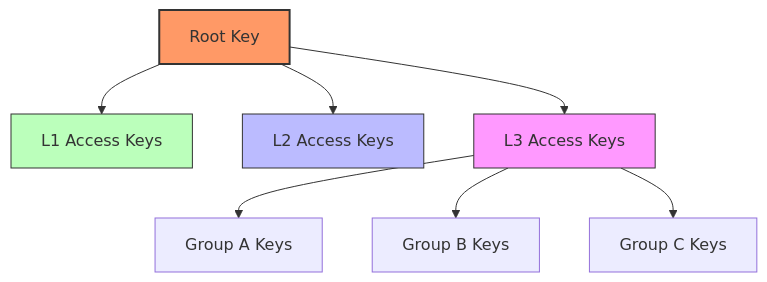
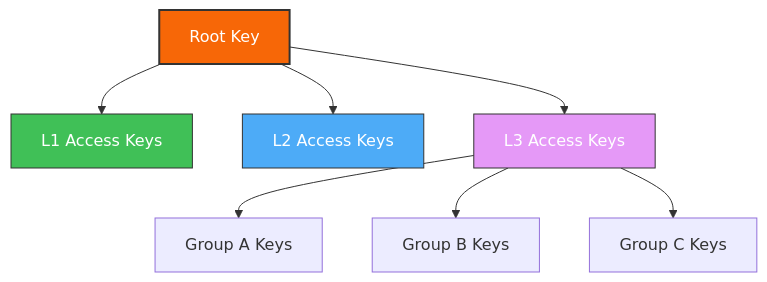
One commit to dialog-db/dialog-db changed the fourth of 7 diagrams in notes/privacy.md. Above: the diagram before and after it, drawn with Mermaid. The commit also changed other lines of this file, not shown here.

````diff
--- a/notes/privacy.md
+++ b/notes/privacy.md
@@ -150,15 +150,15 @@
 ```mermaid
 flowchart TD
     Root["Root Key"] --> L1["L1 Access Keys"]
     Root --> L2["L2 Access Keys"]
     Root --> L3["L3 Access Keys"]
     
     L3 --> GroupA["Group A Keys"]
     L3 --> GroupB["Group B Keys"]
     L3 --> GroupC["Group C Keys"]
     
-    style Root fill:#f96,stroke:#333,stroke-width:2px
-    style L1 fill:#bfb,stroke:#333,stroke-width:1px
-    style L2 fill:#bbf,stroke:#333,stroke-width:1px
-    style L3 fill:#f9f,stroke:#333,stroke-width:1px
+    style Root fill:#F76707,stroke:#333,stroke-width:2px,color:#FFFFFF
+    style L1 fill:#40C057,stroke:#333,stroke-width:1px,color:#FFFFFF
+    style L2 fill:#4DABF7,stroke:#333,stroke-width:1px,color:#FFFFFF
+    style L3 fill:#E599F7,stroke:#333,stroke-width:1px,color:#FFFFFF
 ```
````
